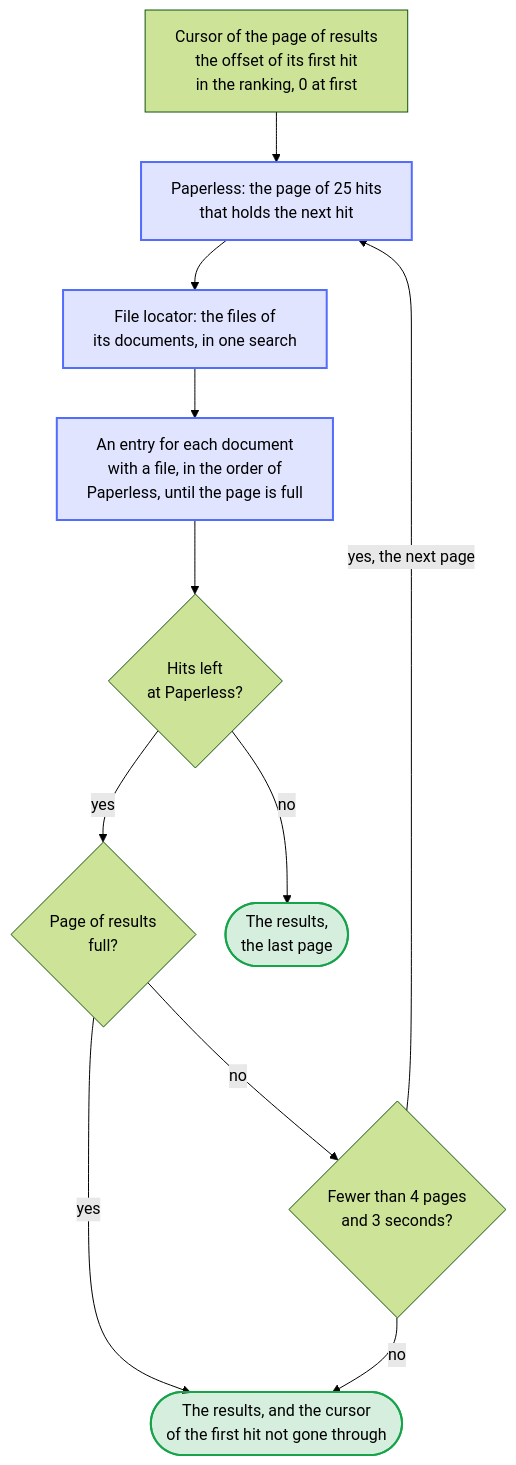
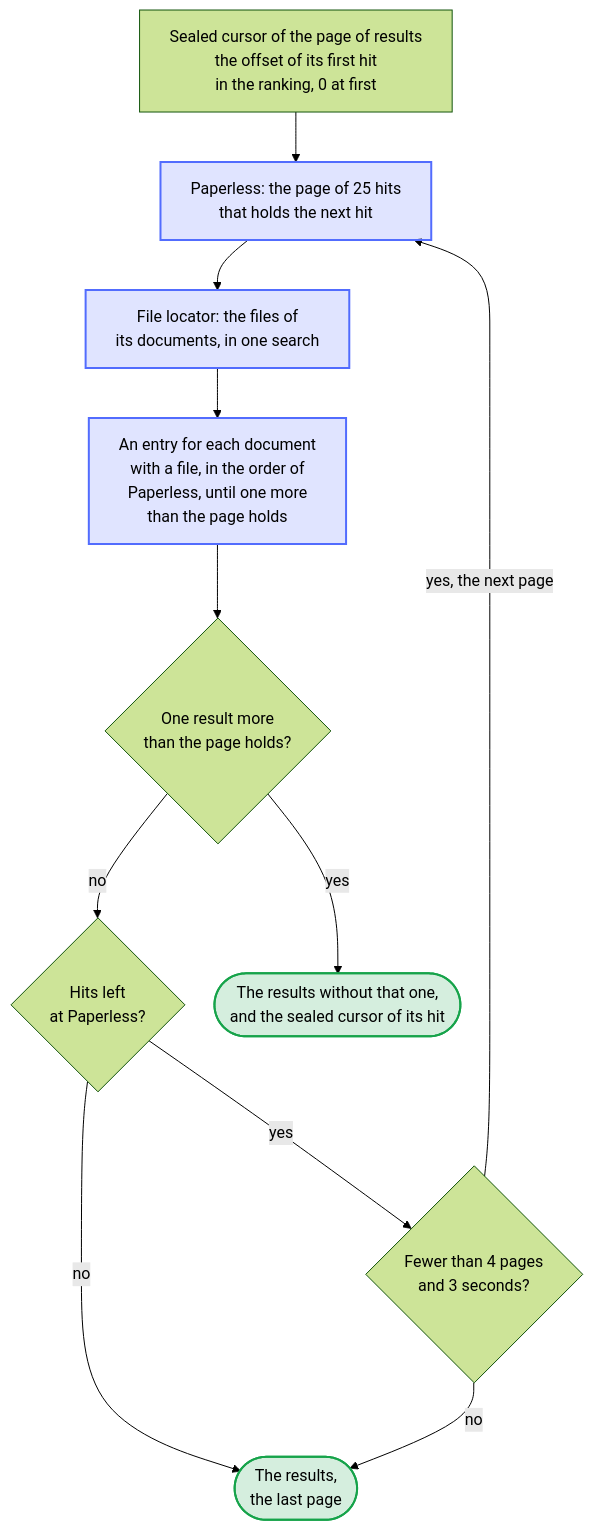
The diagram in docs/diagrams/filling-a-page-of-results.mmd (Dennis-Otto/paperless-unified-search), drawn with Mermaid (forest theme) before and after one commit. The commit also changed 28 other files, not shown here.

First line of the commit message:
fix(search): page on only to a result that the user may open, with a sealed cursor (#420)

```diff
--- a/docs/diagrams/filling-a-page-of-results.mmd
+++ b/docs/diagrams/filling-a-page-of-results.mmd
@@ -1,32 +1,32 @@
 ---
 config:
   flowchart:
     wrappingWidth: 400
     nodeSpacing: 30
 ---
 flowchart TB
     accTitle: Filling a page of results
-    accDescr: The cursor of a page of results is the offset of its first hit in the ranking of Paperless, 0 for the first page. The provider asks Paperless for the page of 25 hits that holds this hit and the file locator for the files of its documents, in one search. It goes through the hits in their order and makes an entry of each document with a file, until the page of results is full. When no hit is left at Paperless, the results are the last page. When the page of results is full, the results go back with the cursor of the first hit that the provider didn't go through. Otherwise it asks Paperless for its next page, as long as it asked for fewer than 4 pages and for less than 3 seconds; after that, the results go back with the cursor as well.
+    accDescr: The sealed cursor of a page of results names the offset of its first hit in the ranking of Paperless, 0 for the first page; a cursor that the app didn't hand out for this user and question finds nothing. The provider asks Paperless for the page of 25 hits that holds this hit and the file locator for the files of its documents, in one search. It goes through the hits in their order and makes an entry of each document with a file, until it has one result more than the page holds. When it has, the results go back without that one, with the sealed cursor of its hit. Otherwise, when no hit is left at Paperless, the results are the last page. Otherwise it asks Paperless for its next page, as long as it asked for fewer than 4 pages and for less than 3 seconds; after that, the results are the last page as well.
 
-    cursor["Cursor of the page of results<br>the offset of its first hit<br>in the ranking, 0 at first"]
+    cursor["Sealed cursor of the page of results<br>the offset of its first hit<br>in the ranking, 0 at first"]
     ask["Paperless: the page of 25 hits<br>that holds the next hit"]
     files["File locator: the files of<br>its documents, in one search"]
-    take["An entry for each document<br>with a file, in the order of<br>Paperless, until the page is full"]
+    take["An entry for each document<br>with a file, in the order of<br>Paperless, until one more<br>than the page holds"]
+    ahead{"One result more<br>than the page holds?"}
     hits{"Hits left<br>at Paperless?"}
-    full{"Page of results<br>full?"}
     budget{"Fewer than 4 pages<br>and 3 seconds?"}
-    next(["The results, and the cursor<br>of the first hit not gone through"])
+    next(["The results without that one,<br>and the sealed cursor of its hit"])
     last(["The results,<br>the last page"])
 
-    cursor --> ask --> files --> take --> hits
+    cursor --> ask --> files --> take --> ahead
+    ahead -- "yes" --> next
+    ahead -- "no" --> hits
     hits -- "no" --> last
-    hits -- "yes" --> full
-    full -- "yes" --> next
-    full -- "no" --> budget
+    hits -- "yes" --> budget
     budget -- "yes, the next page" --> ask
-    budget -- "no" --> next
+    budget -- "no" --> last
 
     classDef app fill:#526cfe2e,stroke:#526cfe,stroke-width:2px
     classDef yes fill:#16a34a2e,stroke:#16a34a,stroke-width:2px
     class ask,files,take app
     class next,last yes
```
